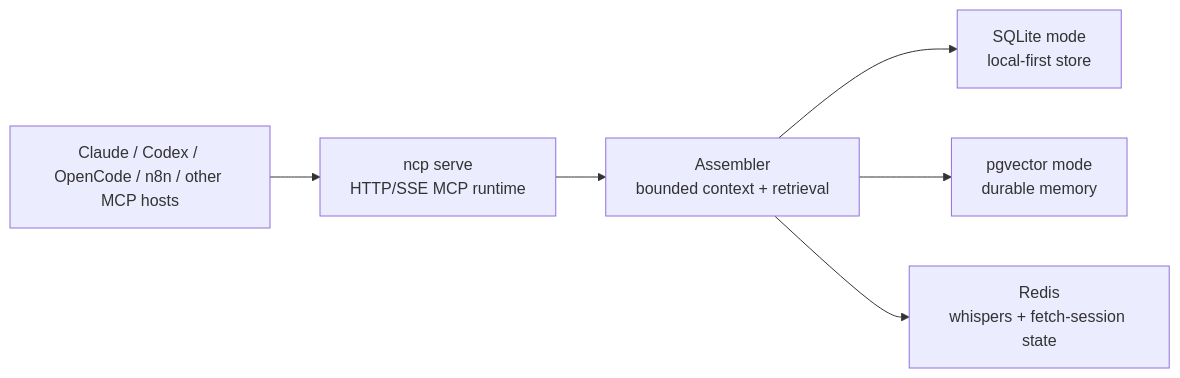
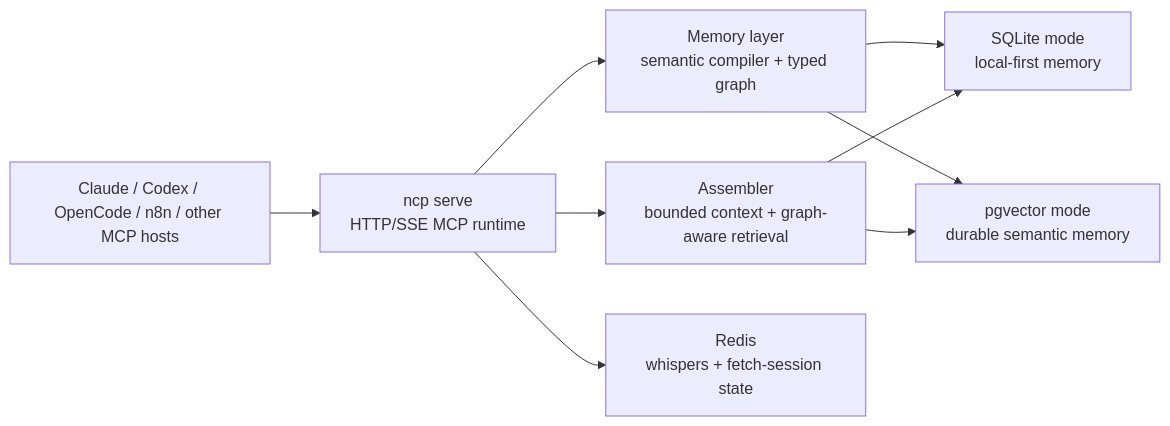
One commit to kulkarni2u/neural-context-protocol changed the second of 2 diagrams in README.md. Above: the diagram before and after it, drawn with Mermaid. The commit also changed other lines of this file, not shown here.

Commit message:
docs: surface graph-native memory in README

````diff
--- a/README.md
+++ b/README.md
@@ -158,15 +169,19 @@
 ```mermaid
 flowchart LR
     A["Claude / Codex / OpenCode / n8n / other MCP hosts"]
     B["ncp serve<br/>HTTP/SSE MCP runtime"]
-    C["Assembler<br/>bounded context + retrieval"]
-    D["SQLite mode<br/>local-first store"]
-    E["pgvector mode<br/>durable memory"]
-    F["Redis<br/>whispers + fetch-session state"]
+    C["Memory layer<br/>semantic compiler + typed graph"]
+    D["Assembler<br/>bounded context + graph-aware retrieval"]
+    E["SQLite mode<br/>local-first memory"]
+    F["pgvector mode<br/>durable semantic memory"]
+    G["Redis<br/>whispers + fetch-session state"]
 
     A --> B
     B --> C
-    C --> D
+    B --> D
     C --> E
     C --> F
+    D --> E
+    D --> F
+    B --> G
 ```
````
